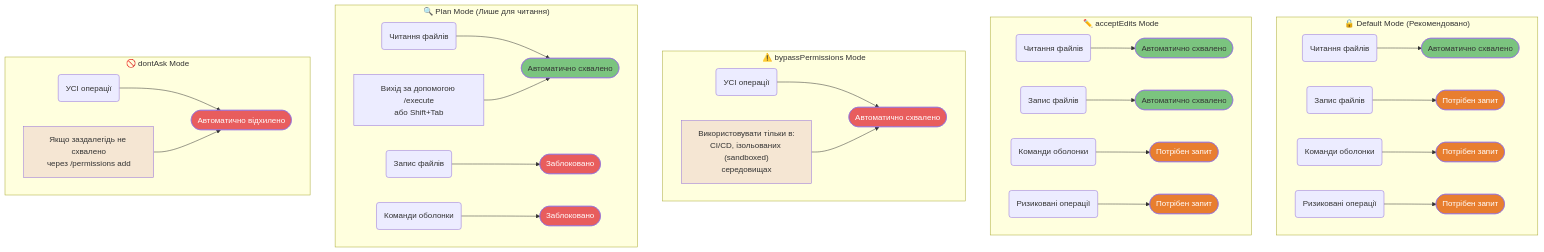
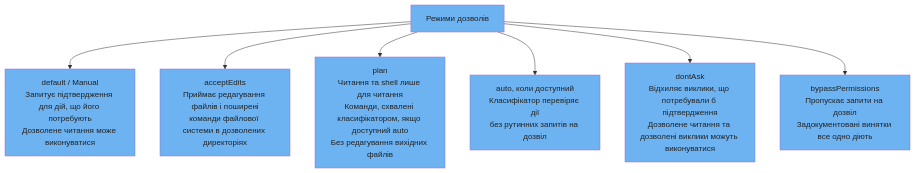
The fourth of 4 diagrams in guide/diagrams/01-foundations.uk.md (sermers-cyber/claude-code-ultimate-guide-ua), drawn with Mermaid before and after one commit. The commit also changed other lines of this file and 80 other files, not shown here.

````diff
--- a/guide/diagrams/01-foundations.uk.md
+++ b/guide/diagrams/01-foundations.uk.md
@@ -213,79 +177,23 @@
 ```mermaid
 flowchart TD
-    subgraph DEFAULT["🔒 Default Mode (Рекомендовано)"]
-        D1(Читання файлів) --> D2([Автоматично схвалено])
-        D3(Запис файлів) --> D4([Потрібен запит])
-        D5(Команди оболонки) --> D6([Потрібен запит])
-        D7(Ризиковані операції) --> D8([Потрібен запит])
-    end
-
-    subgraph ACCEPT["✏️ acceptEdits Mode"]
-        A1(Читання файлів) --> A2([Автоматично схвалено])
-        A3(Запис файлів) --> A4([Автоматично схвалено])
-        A5(Команди оболонки) --> A6([Потрібен запит])
-        A7(Ризиковані операції) --> A8([Потрібен запит])
-    end
-
-    subgraph BYPASS["⚠️ bypassPermissions Mode"]
-        B1(УСІ операції) --> B2([Автоматично схвалено])
-        B3["Використовувати тільки в:<br/>CI/CD, ізольованих (sandboxed)<br/>середовищах"] --> B2
-    end
-
-    subgraph PLAN["🔍 Plan Mode (Лише для читання)"]
-        PL1(Читання файлів) --> PL2([Автоматично схвалено])
-        PL3(Запис файлів) --> PL4([Заблоковано])
-        PL5(Команди оболонки) --> PL6([Заблоковано])
-        PL7["Вихід за допомогою /execute<br/>або Shift+Tab"] --> PL2
-    end
-
-    subgraph DONTASK["🚫 dontAsk Mode"]
-        DA1(УСІ операції) --> DA2([Автоматично відхилено])
-        DA3["Якщо заздалегідь не схвалено<br/>через /permissions add"] --> DA2
-    end
-
-    style D2 fill:#7BC47F,color:#333
-    style D4 fill:#E87E2F,color:#fff
-    style D6 fill:#E87E2F,color:#fff
-    style D8 fill:#E87E2F,color:#fff
-    style A2 fill:#7BC47F,color:#333
-    style A4 fill:#7BC47F,color:#333
-    style A6 fill:#E87E2F,color:#fff
-    style A8 fill:#E87E2F,color:#fff
-    style B2 fill:#E85D5D,color:#fff
-    style B3 fill:#F5E6D3,color:#333
-    style PL2 fill:#7BC47F,color:#333
-    style PL4 fill:#E85D5D,color:#fff
-    style PL6 fill:#E85D5D,color:#fff
-    style DA2 fill:#E85D5D,color:#fff
-    style DA3 fill:#F5E6D3,color:#333
-
-    click D1 href "https://github.com/gerasimsergey/claude-code-ultimate-guide-ua/blob/main/guide/ultimate-guide.md#14-permission-modes" "Default Mode — Режими дозволів"
-    click D2 href "https://github.com/gerasimsergey/claude-code-ultimate-guide-ua/blob/main/guide/ultimate-guide.md#14-permission-modes" "Автоматично схвалено"
-    click D3 href "https://github.com/gerasimsergey/claude-code-ultimate-guide-ua/blob/main/guide/ultimate-guide.md#14-permission-modes" "Запис файлів"
-    click D4 href "https://github.com/gerasimsergey/claude-code-ultimate-guide-ua/blob/main/guide/ultimate-guide.md#14-permission-modes" "Потрібен запит"
-    click D5 href "https://github.com/gerasimsergey/claude-code-ultimate-guide-ua/blob/main/guide/ultimate-guide.md#14-permission-modes" "Команди оболонки"
-    click D6 href "https://github.com/gerasimsergey/claude-code-ultimate-guide-ua/blob/main/guide/ultimate-guide.md#14-permission-modes" "Потрібен запит"
-    click D7 href "https://github.com/gerasimsergey/claude-code-ultimate-guide-ua/blob/main/guide/ultimate-guide.md#14-permission-modes" "Ризиковані операції"
-    click D8 href "https://github.com/gerasimsergey/claude-code-ultimate-guide-ua/blob/main/guide/ultimate-guide.md#14-permission-modes" "Потрібен запит"
-    click A1 href "https://github.com/gerasimsergey/claude-code-ultimate-guide-ua/blob/main/guide/ultimate-guide.md#14-permission-modes" "acceptEdits Mode"
-    click A2 href "https://github.com/gerasimsergey/claude-code-ultimate-guide-ua/blob/main/guide/ultimate-guide.md#14-permission-modes" "Автоматично схвалено"
-    click A3 href "https://github.com/gerasimsergey/claude-code-ultimate-guide-ua/blob/main/guide/ultimate-guide.md#14-permission-modes" "Запис файлів — авто"
-    click A4 href "https://github.com/gerasimsergey/claude-code-ultimate-guide-ua/blob/main/guide/ultimate-guide.md#14-permission-modes" "Автоматично схвалено"
-    click A5 href "https://github.com/gerasimsergey/claude-code-ultimate-guide-ua/blob/main/guide/ultimate-guide.md#14-permission-modes" "Команди оболонки"
-    click A6 href "https://github.com/gerasimsergey/claude-code-ultimate-guide-ua/blob/main/guide/ultimate-guide.md#14-permission-modes" "Потрібен запит"
-    click A7 href "https://github.com/gerasimsergey/claude-code-ultimate-guide-ua/blob/main/guide/ultimate-guide.md#14-permission-modes" "Ризиковані операції"
-    click A8 href "https://github.com/gerasimsergey/claude-code-ultimate-guide-ua/blob/main/guide/ultimate-guide.md#14-permission-modes" "Потрібен запит"
-    click B1 href "https://github.com/gerasimsergey/claude-code-ultimate-guide-ua/blob/main/guide/ultimate-guide.md#14-permission-modes" "bypassPermissions Mode"
-    click B2 href "https://github.com/gerasimsergey/claude-code-ultimate-guide-ua/blob/main/guide/ultimate-guide.md#14-permission-modes" "Автоматично схвалено (все)"
-    click B3 href "https://github.com/gerasimsergey/claude-code-ultimate-guide-ua/blob/main/guide/ultimate-guide.md#14-permission-modes" "Тільки CI/CD, sandboxed"
-    click PL1 href "https://github.com/gerasimsergey/claude-code-ultimate-guide-ua/blob/main/guide/ultimate-guide.md#14-permission-modes" "Plan Mode — Читання файлів"
-    click PL2 href "https://github.com/gerasimsergey/claude-code-ultimate-guide-ua/blob/main/guide/ultimate-guide.md#14-permission-modes" "Автоматично схвалено"
-    click PL3 href "https://github.com/gerasimsergey/claude-code-ultimate-guide-ua/blob/main/guide/ultimate-guide.md#14-permission-modes" "Plan Mode — Запис файлів заблоковано"
-    click PL4 href "https://github.com/gerasimsergey/claude-code-ultimate-guide-ua/blob/main/guide/ultimate-guide.md#14-permission-modes" "Заблоковано"
-    click PL5 href "https://github.com/gerasimsergey/claude-code-ultimate-guide-ua/blob/main/guide/ultimate-guide.md#14-permission-modes" "Plan Mode — Команди оболонки заблоковано"
-    click PL6 href "https://github.com/gerasimsergey/claude-code-ultimate-guide-ua/blob/main/guide/ultimate-guide.md#14-permission-modes" "Заблоковано"
-    click PL7 href "https://github.com/gerasimsergey/claude-code-ultimate-guide-ua/blob/main/guide/ultimate-guide.md#14-permission-modes" "Вихід з Plan Mode"
-    click DA1 href "https://github.com/gerasimsergey/claude-code-ultimate-guide-ua/blob/main/guide/ultimate-guide.md#14-permission-modes" "dontAsk Mode — Усі операції"
-    click DA2 href "https://github.com/gerasimsergey/claude-code-ultimate-guide-ua/blob/main/guide/ultimate-guide.md#14-permission-modes" "Автоматично відхилено"
-    click DA3 href "https://github.com/gerasimsergey/claude-code-ultimate-guide-ua/blob/main/guide/ultimate-guide.md#14-permission-modes" "Попереднє схвалення через /permissions add"
+    ROOT[Режими дозволів] --> D[default / Manual<br/>Запитує підтвердження для дій, що його потребують<br/>Дозволене читання може виконуватися]
+    ROOT --> A[acceptEdits<br/>Приймає редагування файлів і поширені<br/>команди файлової системи в дозволених директоріях]
+    ROOT --> P[plan<br/>Читання та shell лише для читання<br/>Команди, схвалені класифікатором, якщо доступний auto<br/>Без редагування вихідних файлів]
+    ROOT --> AUTO[auto, коли доступний<br/>Класифікатор перевіряє дії<br/>без рутинних запитів на дозвіл]
+    ROOT --> N[dontAsk<br/>Відхиляє виклики, що потребували б підтвердження<br/>Дозволене читання та дозволені виклики можуть виконуватися]
+    ROOT --> B[bypassPermissions<br/>Пропускає запити на дозвіл<br/>Задокументовані винятки все одно діють]
+    style ROOT fill:#6DB3F2,color:#222
+    click ROOT href "https://github.com/FlorianBruniaux/claude-code-ultimate-guide/blob/main/guide/ultimate-guide.md#14-permission-modes" "Permission modes"
+    style D fill:#6DB3F2,color:#222
+    click D href "https://github.com/FlorianBruniaux/claude-code-ultimate-guide/blob/main/guide/ultimate-guide.md#14-permission-modes" "Permission modes"
+    style A fill:#6DB3F2,color:#222
+    click A href "https://github.com/FlorianBruniaux/claude-code-ultimate-guide/blob/main/guide/ultimate-guide.md#14-permission-modes" "Permission modes"
+    style P fill:#6DB3F2,color:#222
+    click P href "https://github.com/FlorianBruniaux/claude-code-ultimate-guide/blob/main/guide/ultimate-guide.md#14-permission-modes" "Permission modes"
+    style AUTO fill:#6DB3F2,color:#222
+    click AUTO href "https://github.com/FlorianBruniaux/claude-code-ultimate-guide/blob/main/guide/ultimate-guide.md#14-permission-modes" "Permission modes"
+    style N fill:#6DB3F2,color:#222
+    click N href "https://github.com/FlorianBruniaux/claude-code-ultimate-guide/blob/main/guide/ultimate-guide.md#14-permission-modes" "Permission modes"
+    style B fill:#6DB3F2,color:#222
+    click B href "https://github.com/FlorianBruniaux/claude-code-ultimate-guide/blob/main/guide/ultimate-guide.md#14-permission-modes" "Permission modes"
 ```
````
